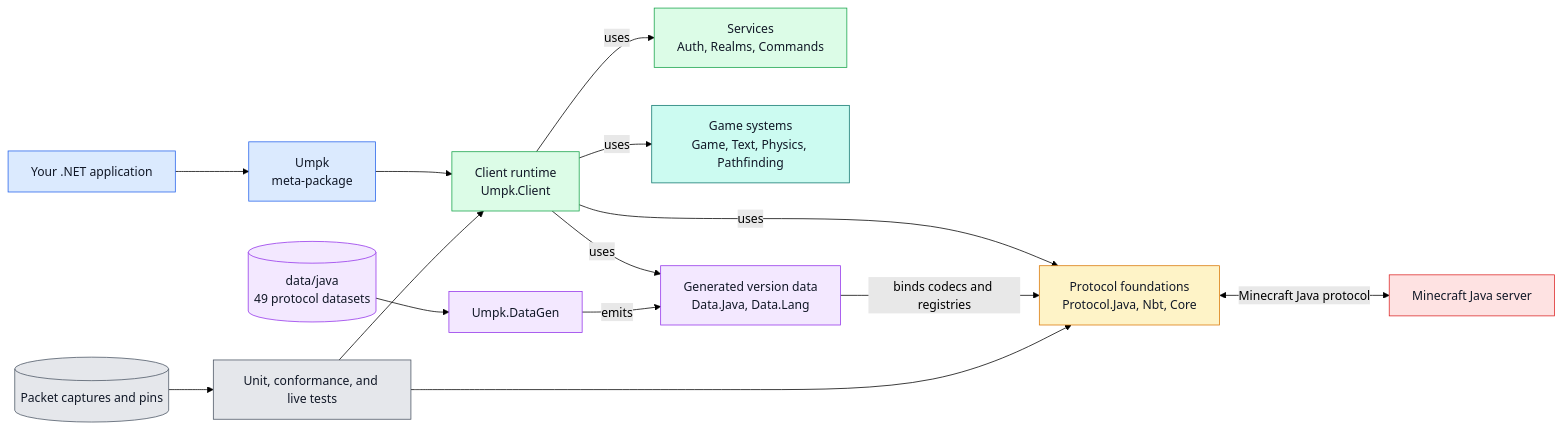
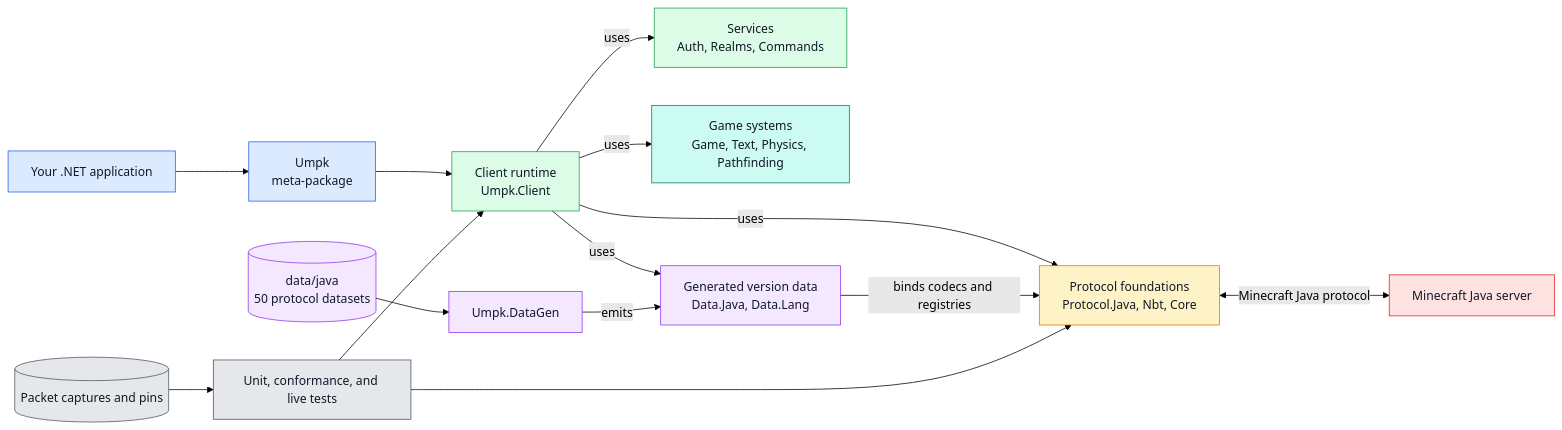
The diagram in README.md (MCCTeam/UMPK), drawn with Mermaid (forest theme) before and after one commit. The commit also changed other lines of this file and 193 other files, not shown here.

````diff
--- a/README.md
+++ b/README.md
@@ -92,35 +92,35 @@
 ```mermaid
 flowchart LR
     App[Your .NET application] --> Meta[Umpk<br/>meta-package]
     Meta --> Runtime[Client runtime<br/>Umpk.Client]
 
     Runtime -->|uses| Services[Services<br/>Auth, Realms, Commands]
     Runtime -->|uses| Gameplay[Game systems<br/>Game, Text, Physics, Pathfinding]
     Runtime -->|uses| Protocol[Protocol foundations<br/>Protocol.Java, Nbt, Core]
     Runtime -->|uses| Generated[Generated version data<br/>Data.Java, Data.Lang]
 
-    Dataset[(data/java<br/>49 protocol datasets)] --> DataGen[Umpk.DataGen]
+    Dataset[(data/java<br/>50 protocol datasets)] --> DataGen[Umpk.DataGen]
     DataGen -->|emits| Generated
     Generated -->|binds codecs and registries| Protocol
     Protocol <-->|Minecraft Java protocol| Server[Minecraft Java server]
 
     Evidence[(Packet captures and pins)] --> Tests[Unit, conformance, and live tests]
     Tests --> Runtime
     Tests --> Protocol
 
     classDef app fill:#dbeafe,stroke:#2563eb,color:#111827
     classDef runtime fill:#dcfce7,stroke:#16a34a,color:#111827
     classDef gameplay fill:#ccfbf1,stroke:#0f766e,color:#111827
     classDef wire fill:#fef3c7,stroke:#d97706,color:#111827
     classDef data fill:#f3e8ff,stroke:#9333ea,color:#111827
     classDef external fill:#fee2e2,stroke:#dc2626,color:#111827
     classDef test fill:#e5e7eb,stroke:#4b5563,color:#111827
 
     class App,Meta app
     class Runtime,Services runtime
     class Gameplay gameplay
     class Protocol wire
     class Generated,Dataset,DataGen data
     class Server external
     class Evidence,Tests test
 ```
````
